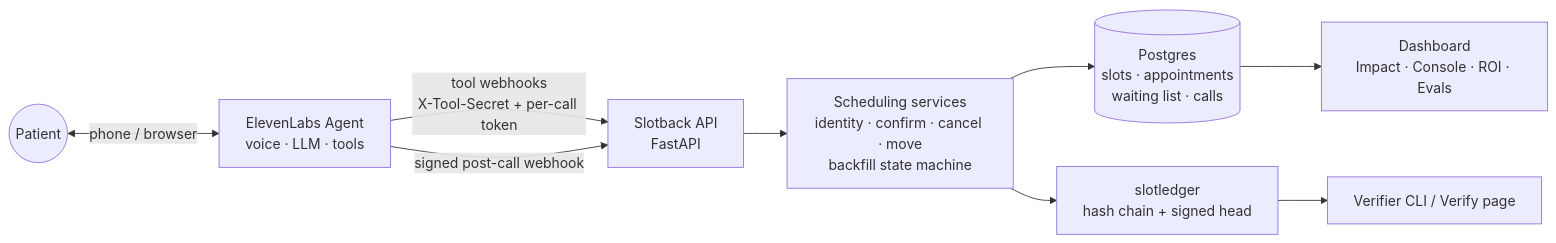
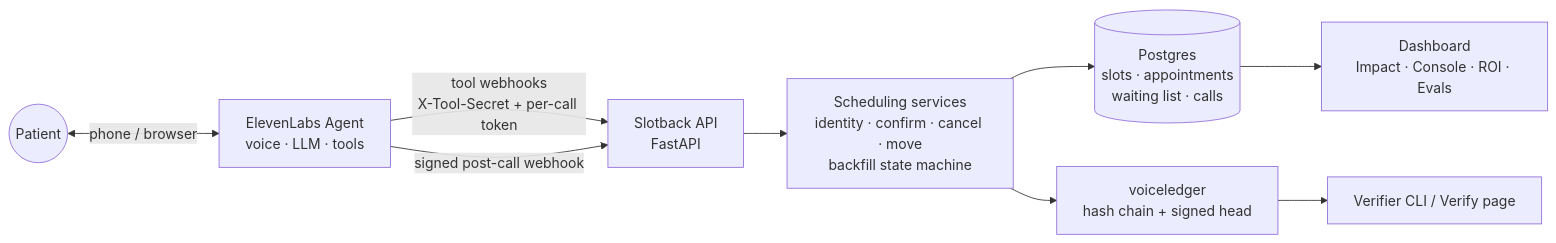
Before and after one commit to digvijaysingh-ai/slotback: the diagram in README.md, drawn with Mermaid. The commit also changed other lines of this file and 29 other files, not shown here.

````diff
--- a/README.md
+++ b/README.md
@@ -46,11 +46,11 @@
 ```mermaid
 flowchart LR
     P((Patient)) <-- phone / browser --> EL[ElevenLabs Agent<br/>voice · LLM · tools]
     EL -- "tool webhooks<br/>X-Tool-Secret + per-call token" --> API[Slotback API<br/>FastAPI]
     EL -- "signed post-call webhook" --> API
     API --> SVC[Scheduling services<br/>identity · confirm · cancel · move<br/>backfill state machine]
     SVC --> DB[(Postgres<br/>slots · appointments<br/>waiting list · calls)]
-    SVC --> L[slotledger<br/>hash chain + signed head]
+    SVC --> L[voiceledger<br/>hash chain + signed head]
     L --> V[Verifier CLI / Verify page]
     DB --> D[Dashboard<br/>Impact · Console · ROI · Evals]
 ```
````
